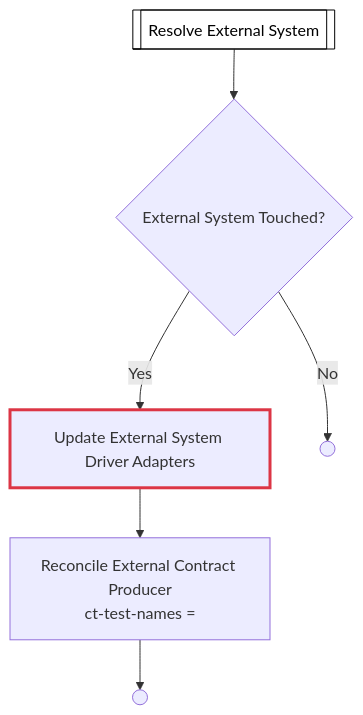
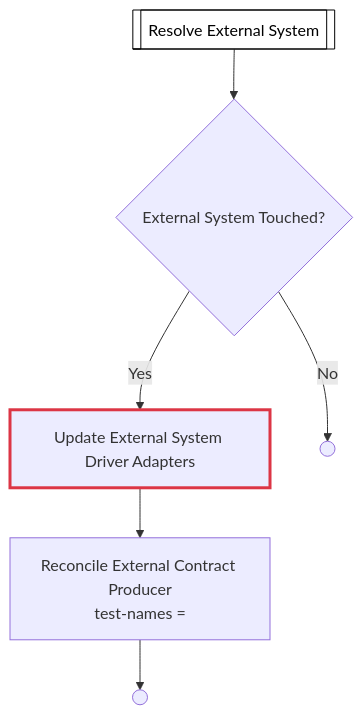
Diagram 47 of 54 in docs/process-diagram.md (optivem/gh-optivem), drawn with Mermaid before and after one commit. The commit also changed 2 other files, not shown here.

Commit message:
atdd: regenerate process-flow diagram

````diff
--- a/docs/process-diagram.md
+++ b/docs/process-diagram.md
@@ -924,21 +924,21 @@
 ```mermaid
 flowchart TD
     RESOLVE_EXTERNAL_SYSTEM[[Resolve External System]]
     GATE_EXTERNAL_SYSTEM_TOUCHED{External System Touched?}
     UPDATE_EXTERNAL_SYSTEM_DRIVER_ADAPTERS[Update External System Driver Adapters]
     EXTERNAL_SYSTEM_SKIPPED(( ))
-    RECONCILE_EXTERNAL_CONTRACT_PRODUCER["Reconcile External Contract Producer<br/>ct-test-names = "]
+    RECONCILE_EXTERNAL_CONTRACT_PRODUCER["Reconcile External Contract Producer<br/>test-names = "]
     REDESIGN_EXTERNAL_PER_SYSTEM_END(( ))
 
     RESOLVE_EXTERNAL_SYSTEM --> GATE_EXTERNAL_SYSTEM_TOUCHED
     GATE_EXTERNAL_SYSTEM_TOUCHED -- Yes --> UPDATE_EXTERNAL_SYSTEM_DRIVER_ADAPTERS
     GATE_EXTERNAL_SYSTEM_TOUCHED -- No --> EXTERNAL_SYSTEM_SKIPPED
     UPDATE_EXTERNAL_SYSTEM_DRIVER_ADAPTERS --> RECONCILE_EXTERNAL_CONTRACT_PRODUCER
     RECONCILE_EXTERNAL_CONTRACT_PRODUCER --> REDESIGN_EXTERNAL_PER_SYSTEM_END
 
     classDef serviceNode fill:#ffffff,stroke:#000000,stroke-width:1px,color:#000000
     class RESOLVE_EXTERNAL_SYSTEM serviceNode
 
     classDef tddRedNode stroke:#dc3545,stroke-width:3px
     class UPDATE_EXTERNAL_SYSTEM_DRIVER_ADAPTERS tddRedNode
 ```
````
